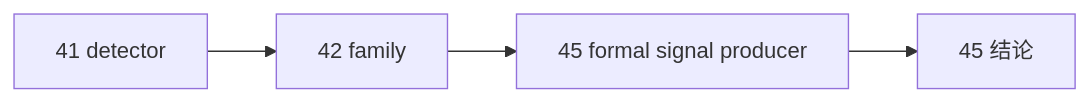
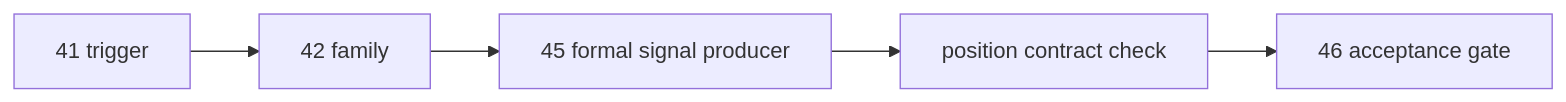
The diagram in docs/03-execution/45-alpha-formal-signal-producer-hardening-before-position-card-20260413.md (everything-is-simple/lifespan-0.01), drawn with Mermaid before and after one commit. The commit also changed other lines of this file and 18 other files, not shown here.

````diff
--- a/docs/03-execution/45-alpha-formal-signal-producer-hardening-before-position-card-20260413.md
+++ b/docs/03-execution/45-alpha-formal-signal-producer-hardening-before-position-card-20260413.md
@@ -65,6 +66,7 @@
 ```mermaid
 flowchart LR
-    DET["41 detector"] --> FAM["42 family"]
+    TRG["41 trigger"] --> FAM["42 family"]
     FAM --> SIG["45 formal signal producer"]
-    SIG --> G["45 结论"]
+    SIG --> POS["position contract check"]
+    POS --> ACC["46 acceptance gate"]
 ```
````
